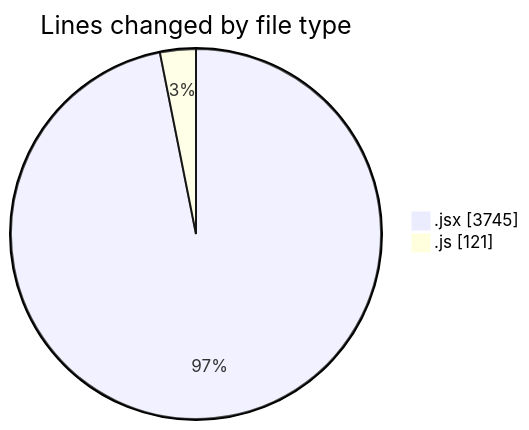
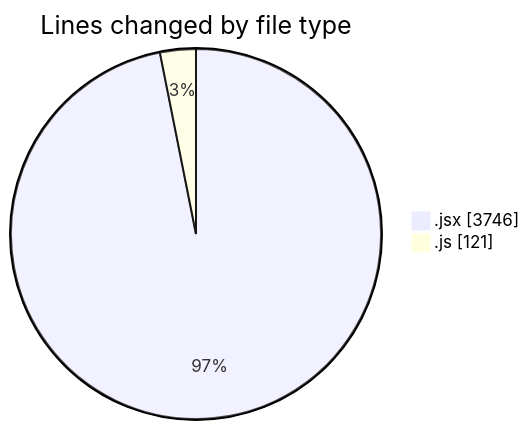
One commit to nxtqubesakshisongat/code-tracking changed the first of 2 diagrams in 2025-08-01/nxtqube_webapp/README.md. Above: the diagram before and after it, drawn with Mermaid. The commit also changed other lines of this file and 1 other file, not shown here.

````diff
--- a/2025-08-01/nxtqube_webapp/README.md
+++ b/2025-08-01/nxtqube_webapp/README.md
@@ -30,6 +30,6 @@
 ```mermaid
 pie showData
 title Lines changed by file type
-".jsx" : 3745
+".jsx" : 3746
 ".js" : 121
 ```
````
